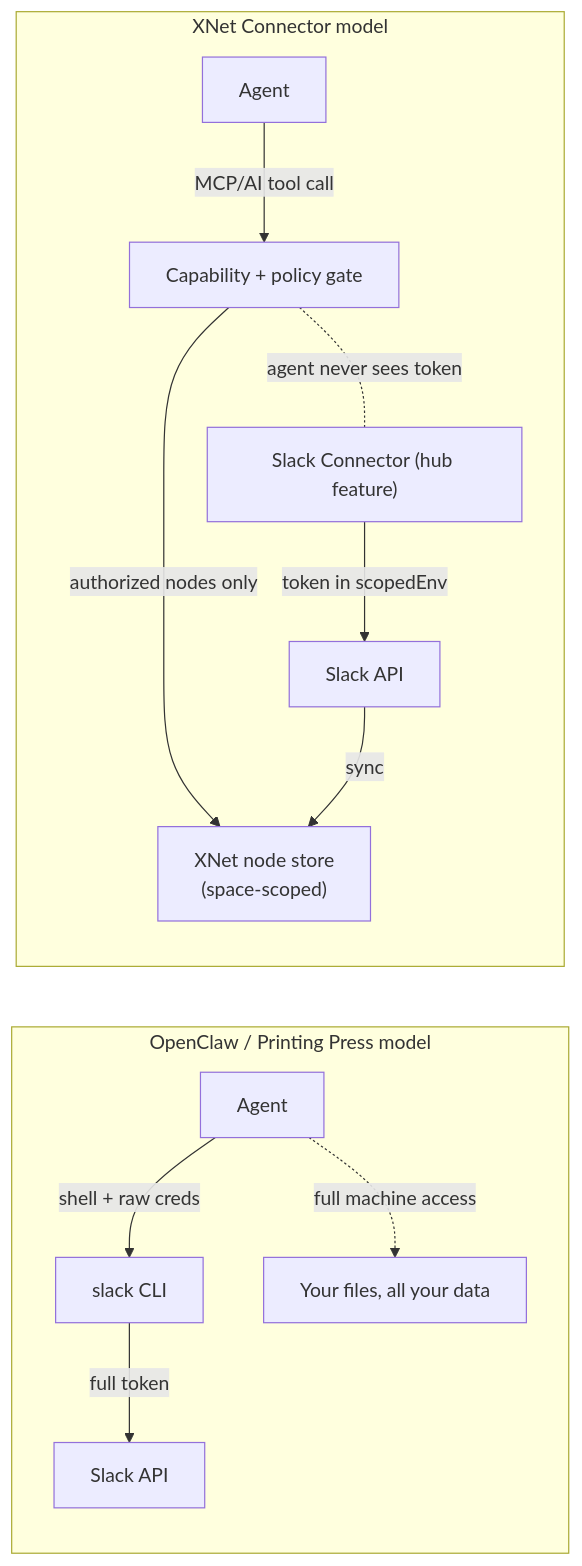
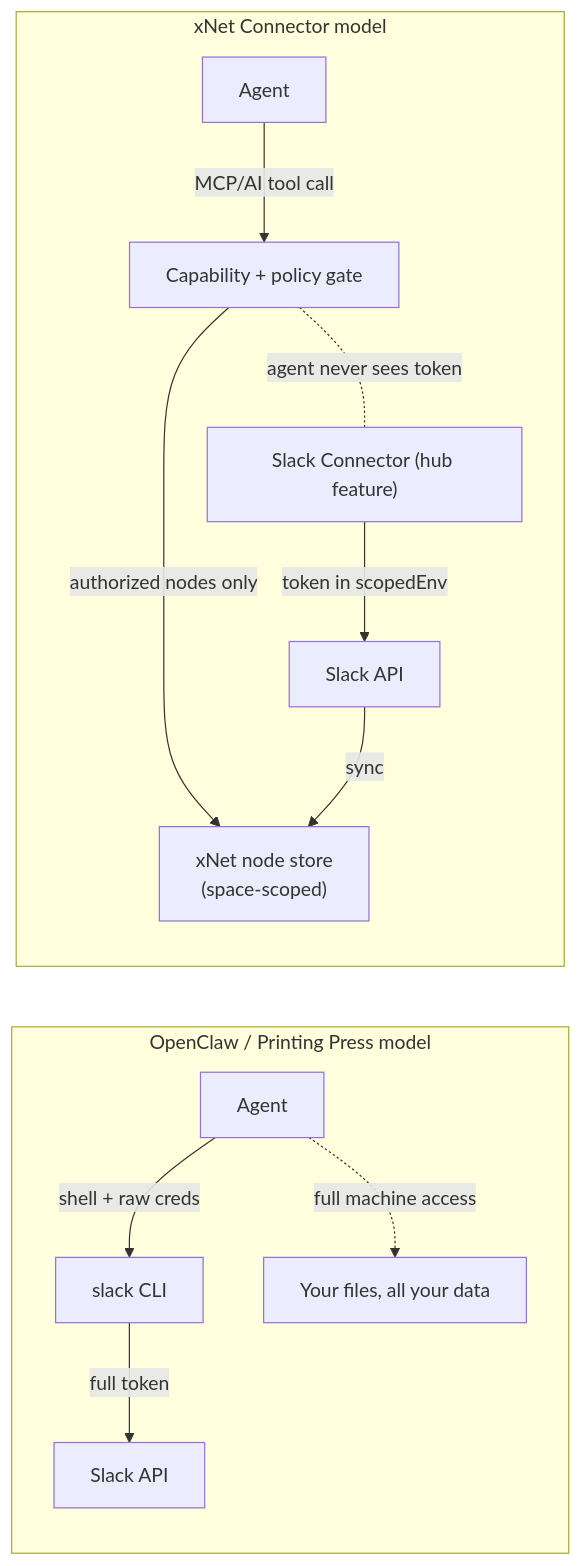
Before and after one commit to crs48/xNet: the second of 5 diagrams in docs/explorations/0196_[x]_AGENT_NATIVE_CONNECTORS_AND_INTEGRATION_MARKETPLACE.md, drawn with Mermaid. The commit also changed other lines of this file and 32 other files, not shown here.

````diff
--- a/docs/explorations/0196_[x]_AGENT_NATIVE_CONNECTORS_AND_INTEGRATION_MARKETPLACE.md
+++ b/docs/explorations/0196_[x]_AGENT_NATIVE_CONNECTORS_AND_INTEGRATION_MARKETPLACE.md
@@ -402,15 +402,15 @@
 ```mermaid
 flowchart LR
   subgraph OC["OpenClaw / Printing Press model"]
     A1["Agent"] -->|shell + raw creds| CLI1["slack CLI"]
     CLI1 -->|full token| SVC1["Slack API"]
     A1 -.full machine access.-> FS1["Your files, all your data"]
   end
-  subgraph XN["XNet Connector model"]
+  subgraph XN["xNet Connector model"]
     A2["Agent"] -->|MCP/AI tool call| Gate["Capability + policy gate"]
-    Gate -->|authorized nodes only| Store["XNet node store<br/>(space-scoped)"]
+    Gate -->|authorized nodes only| Store["xNet node store<br/>(space-scoped)"]
     Conn["Slack Connector (hub feature)"] -->|token in scopedEnv| SVC2["Slack API"]
     SVC2 -->|sync| Store
     Gate -. agent never sees token .- Conn
   end
 ```
````
